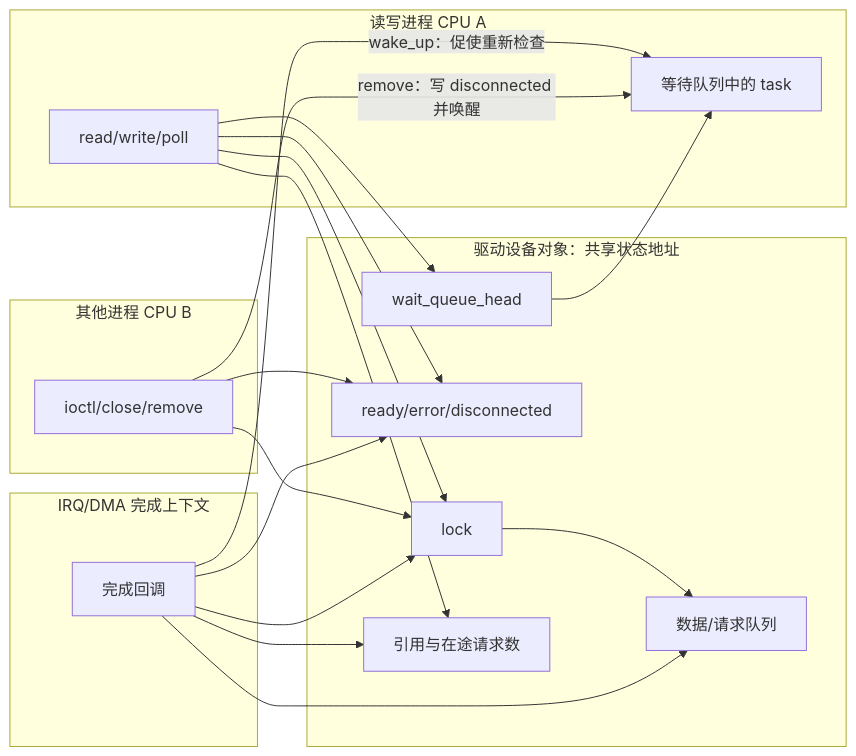
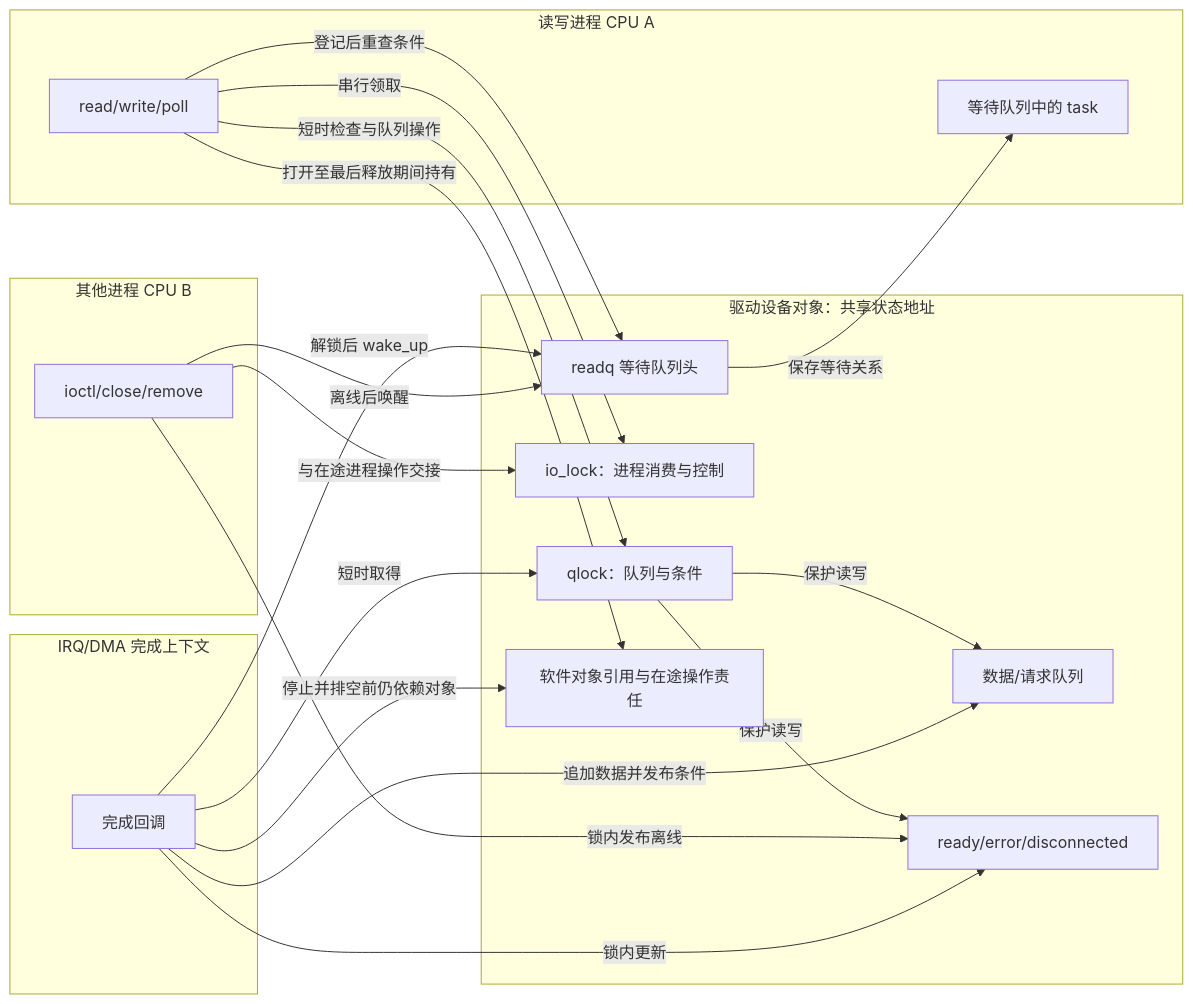
One commit to FormingSystem/linux_note changed the first of 4 diagrams in knowledge/driver_model/character_device/P04_文件操作并发与生命周期.md. Above: the diagram before and after it, drawn with Mermaid. The commit also changed other lines of this file and 4 other files, not shown here.

````diff
--- a/knowledge/driver_model/character_device/P04_文件操作并发与生命周期.md
+++ b/knowledge/driver_model/character_device/P04_文件操作并发与生命周期.md
@@ -17,35 +23,37 @@
 ```mermaid
 flowchart LR
     subgraph CPUA["读写进程 CPU A"]
         READ["read/write/poll"]
         WAIT["等待队列中的 task"]
     end
     subgraph CPUB["其他进程 CPU B"]
         IOCTL["ioctl/close/remove"]
     end
     subgraph SHARED["驱动设备对象：共享状态地址"]
-        LOCK["lock"]
+        LOCK["qlock：队列与条件"]
+        IOLOCK["io_lock：进程消费与控制"]
         QUEUE["数据/请求队列"]
         READY["ready/error/disconnected"]
-        WQ["wait_queue_head"]
-        REF["引用与在途请求数"]
+        WQ["readq 等待队列头"]
+        REF["软件对象引用与在途操作责任"]
     end
     subgraph ASYNC["IRQ/DMA 完成上下文"]
         DONE["完成回调"]
     end
 
-    READ --> LOCK
-    LOCK --> QUEUE
-    READ --> READY
-    READ --> WQ
-    WQ --> WAIT
-    IOCTL --> LOCK
-    IOCTL --> READY
-    DONE --> LOCK
-    DONE --> QUEUE
-    DONE --> READY
-    DONE -->|"wake_up：促使重新检查"| WAIT
-    IOCTL -->|"remove：写 disconnected 并唤醒"| WAIT
-    READ --> REF
-    DONE --> REF
+    READ -->|串行领取| IOLOCK
+    READ -->|短时检查与队列操作| LOCK
+    LOCK -->|保护读写| QUEUE
+    LOCK -->|保护读写| READY
+    READ -->|登记后重查条件| WQ
+    WQ -->|保存等待关系| WAIT
+    IOCTL -->|与在途进程操作交接| IOLOCK
+    IOCTL -->|锁内发布离线| READY
+    DONE -->|短时取得| LOCK
+    DONE -->|追加数据并发布条件| QUEUE
+    DONE -->|锁内更新| READY
+    DONE -->|"解锁后 wake_up"| WQ
+    IOCTL -->|"离线后唤醒"| WQ
+    READ -->|打开至最后释放期间持有| REF
+    DONE -->|停止并排空前仍依赖对象| REF
 ```
````
